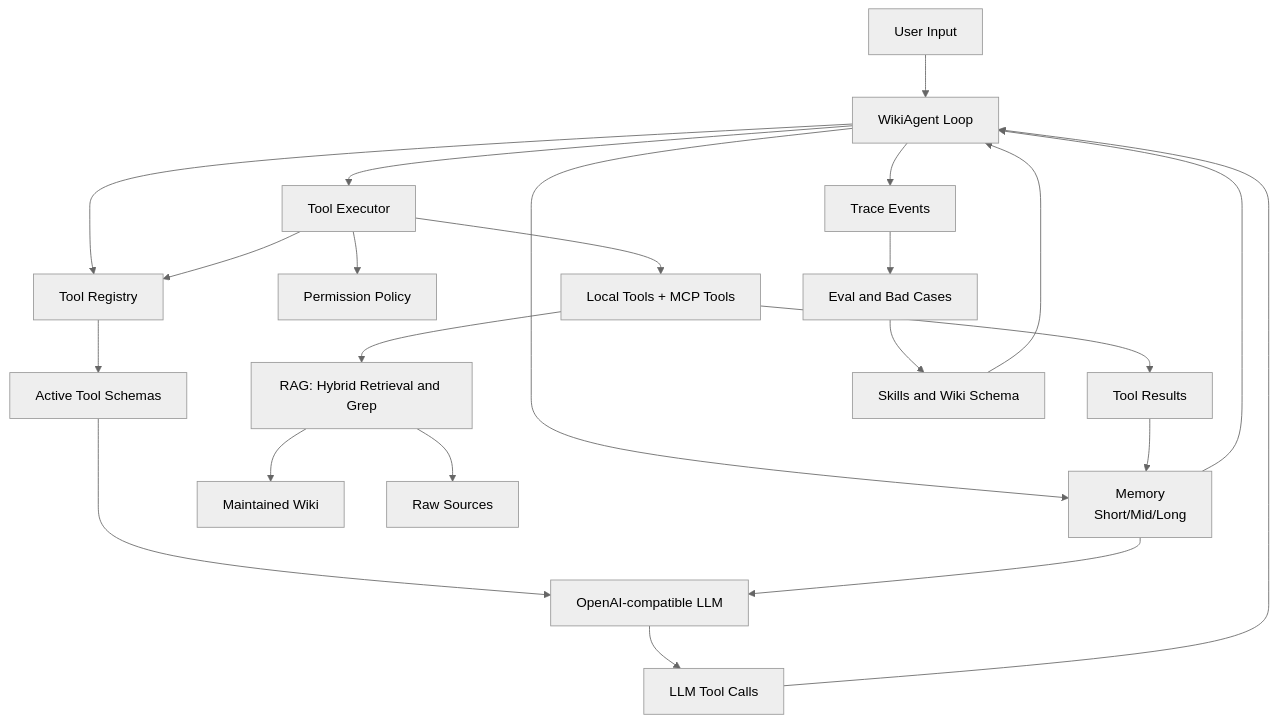
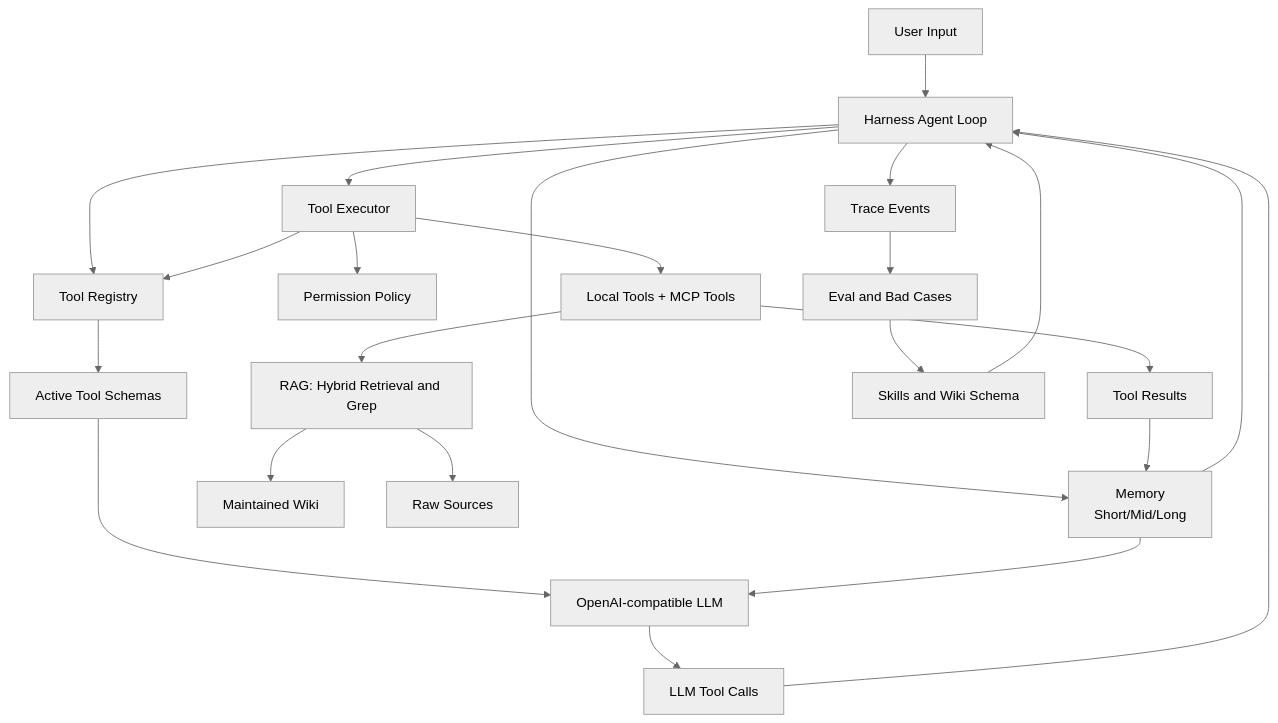
One commit to liushupeng/wiki-agent changed the first of 2 diagrams in docs/project-reference.md. Above: the diagram before and after it, drawn with Mermaid (neutral theme). The commit also changed other lines of this file and 34 other files, not shown here.

````diff
--- a/docs/project-reference.md
+++ b/docs/project-reference.md
@@ -24,27 +24,27 @@
 ```mermaid
 flowchart TD
-    userInput["User Input"] --> agentLoop["WikiAgent Loop"]
+    userInput["User Input"] --> agentLoop["Harness Agent Loop"]
     agentLoop --> memory["Memory<br>Short/Mid/Long"]
     agentLoop --> registry["Tool Registry"]
     registry --> toolSchemas["Active Tool Schemas"]
     toolSchemas --> model["OpenAI-compatible LLM"]
     memory --> model
     model --> toolCalls["LLM Tool Calls"]
     toolCalls --> agentLoop
     agentLoop --> executor["Tool Executor"]
     executor --> policy["Permission Policy"]
     executor --> registry
     executor --> tools["Local Tools + MCP Tools"]
     tools --> toolResults["Tool Results"]
     toolResults --> memory
     memory --> agentLoop
 
     tools --> ragLayer["RAG: Hybrid Retrieval and Grep"]
     ragLayer --> wikiLayer["Maintained Wiki"]
     ragLayer --> rawSources["Raw Sources"]
 
     agentLoop --> trace["Trace Events"]
     trace --> evalLoop["Eval and Bad Cases"]
     evalLoop --> skills["Skills and Wiki Schema"]
     skills --> agentLoop
 ```
````
